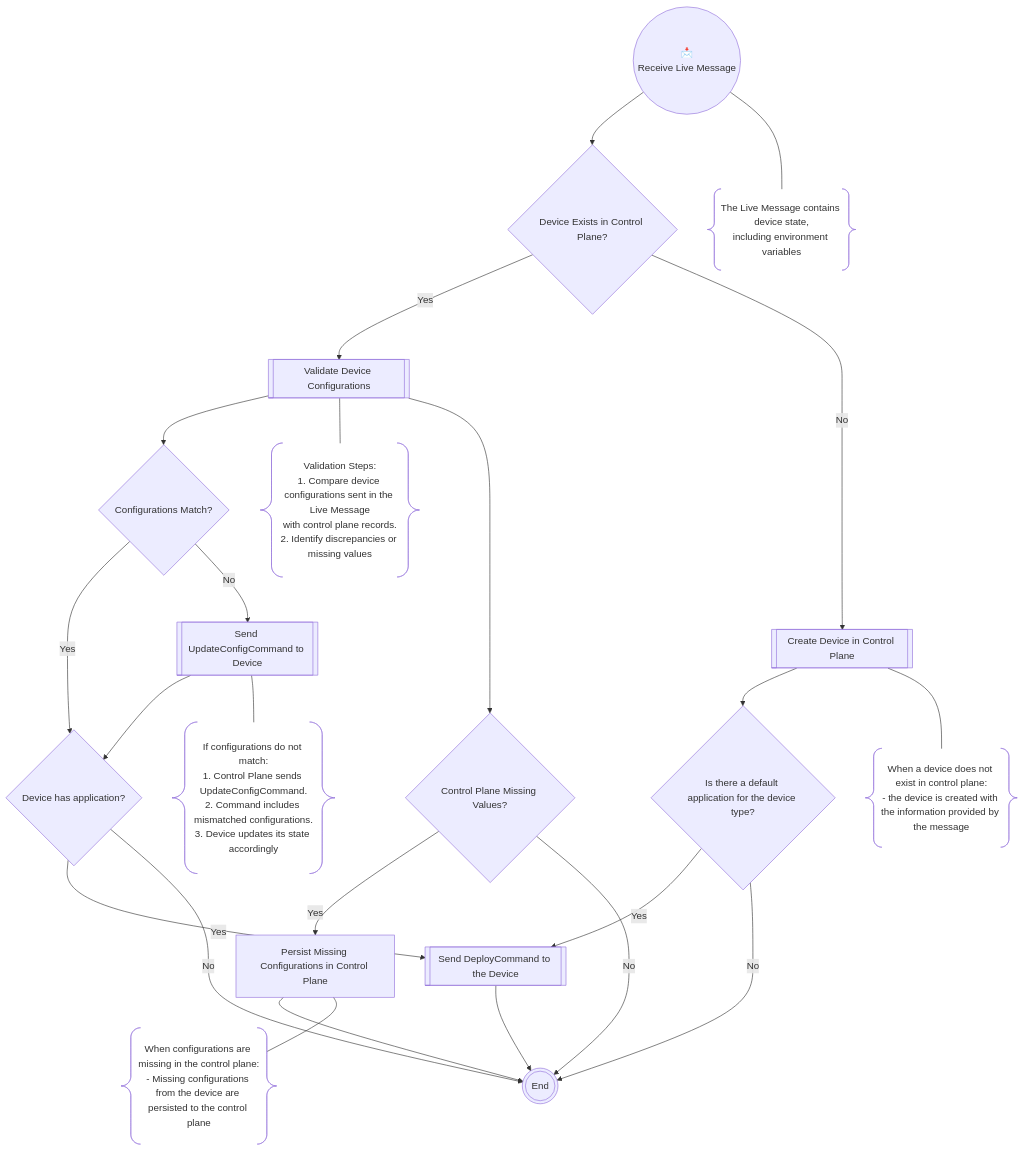
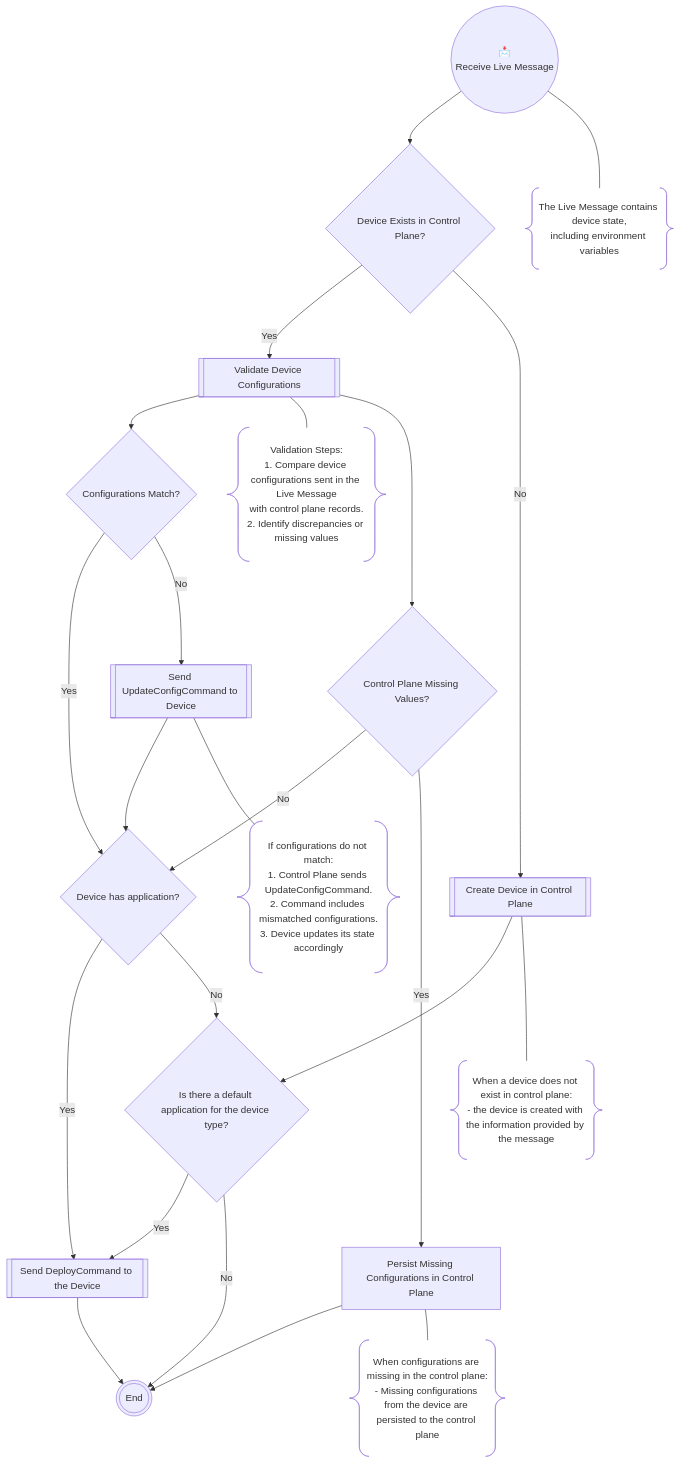
One commit to upv-tfm-iot/documentation changed the diagram in _pages/7-live-message-flow.md. Above: the diagram before and after it, drawn with Mermaid.

Commit message:
update project

````diff
--- a/_pages/7-live-message-flow.md
+++ b/_pages/7-live-message-flow.md
@@ -11,42 +11,39 @@
 ```mermaid
+
 flowchart TD
     ReceiveMessage@{ shape: circle, label: "📩 <br/>Receive Live Message" }
     ReceiveMessage --> DeviceExists{Device Exists in Control Plane?}    
-    ReceiveMessage --- NoteReceive
+    ReceiveMessage --- NoteReceive@{ shape: braces, label: "The Live Message contains device state,<br/>including environment variables" }
 
     %% Device existence check
     DeviceExists -- Yes --> ValidateConfigurations@{ shape: subproc, label: "Validate Device Configurations"}
     DeviceExists -- No --> CreateDevice@{ shape: subproc, label: "Create Device in Control Plane"}
     CreateDevice --> DefaultApplication{ Is there a default application for the device type? }
-    CreateDevice --- NoteCreate
+    CreateDevice --- NoteCreate@{ shape: braces, label: "When a device does not exist in control plane:<br/>- the device is created with the information provided by the message"}
 
     %% Validation configurations path
     ValidateConfigurations --> ConfigurationsMatch{Configurations Match?}
     ConfigurationsMatch -- Yes --> DeviceHasApplication{Device has application?}
     ConfigurationsMatch -- No --> UpdateCommand@{ shape: subproc, label: "Send UpdateConfigCommand to Device"}
     UpdateCommand --> DeviceHasApplication
-    ValidateConfigurations --- NoteValidate
-    UpdateCommand --- NoteUpdate
+    ValidateConfigurations --- NoteValidate@{ shape: braces, label: "Validation Steps:<br/>1. Compare device configurations sent in the Live Message<br/>with control plane records.<br/>2. Identify discrepancies or missing values" }
+    UpdateCommand --- NoteUpdate@{ shape: braces, label: "If configurations do not match:<br/>1. Control Plane sends UpdateConfigCommand.<br/>2. Command includes mismatched configurations.<br/>3. Device updates its state accordingly"}
 
     %% Control Plane Missing Values Path
     ValidateConfigurations --> MissingValues{Control Plane Missing Values?}
-    MissingValues -- Yes --> PersistConfig[Persist Missing Configurations in Control Plane]
+    
     PersistConfig --> End@{ shape: dbl-circ, label: "End" }
-    MissingValues -- No --> End
-    PersistConfig --- NotePersist
+    MissingValues -- No --> DeviceHasApplication
+    PersistConfig --- NotePersist@{ shape: braces, label: "When configurations are missing in the control plane:<br/>- Missing configurations from the device are persisted to the control plane" }
 
     %% check if there is any application marked as default for the device type
     DefaultApplication -- Yes --> DeployCommand@{ shape: subproc, label: "Send DeployCommand to the Device"}
     DefaultApplication -- No --> End
 
+    MissingValues -- Yes --> PersistConfig[Persist Missing Configurations in Control Plane]
+
     %% Check if the device has an application associated with it
     DeviceHasApplication -- Yes --> DeployCommand
-    DeviceHasApplication -- No --> End
+    DeviceHasApplication -- No --> DefaultApplication
     DeployCommand --> End
-
-    NoteReceive@{ shape: braces, label: "The Live Message contains device state,<br/>including environment variables" }
-    NoteCreate@{ shape: braces, label: "When a device does not exist in control plane:<br/>- the device is created with the information provided by the message"}
-    NoteValidate@{ shape: braces, label: "Validation Steps:<br/>1. Compare device configurations sent in the Live Message<br/>with control plane records.<br/>2. Identify discrepancies or missing values" }
-    NoteUpdate@{ shape: braces, label: "If configurations do not match:<br/>1. Control Plane sends UpdateConfigCommand.<br/>2. Command includes mismatched configurations.<br/>3. Device updates its state accordingly"}
-    NotePersist@{ shape: braces, label: "When configurations are missing in the control plane:<br/>- Missing configurations from the device are persisted to the control plane" }
 ```
````
